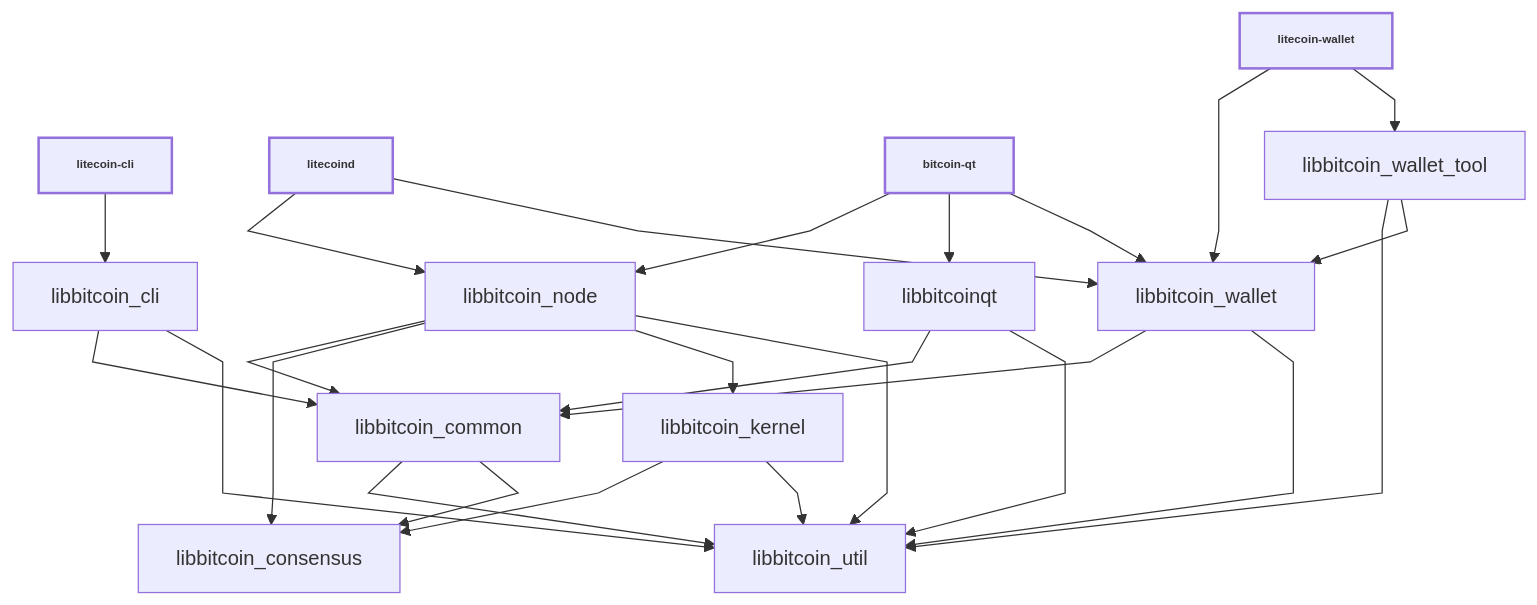
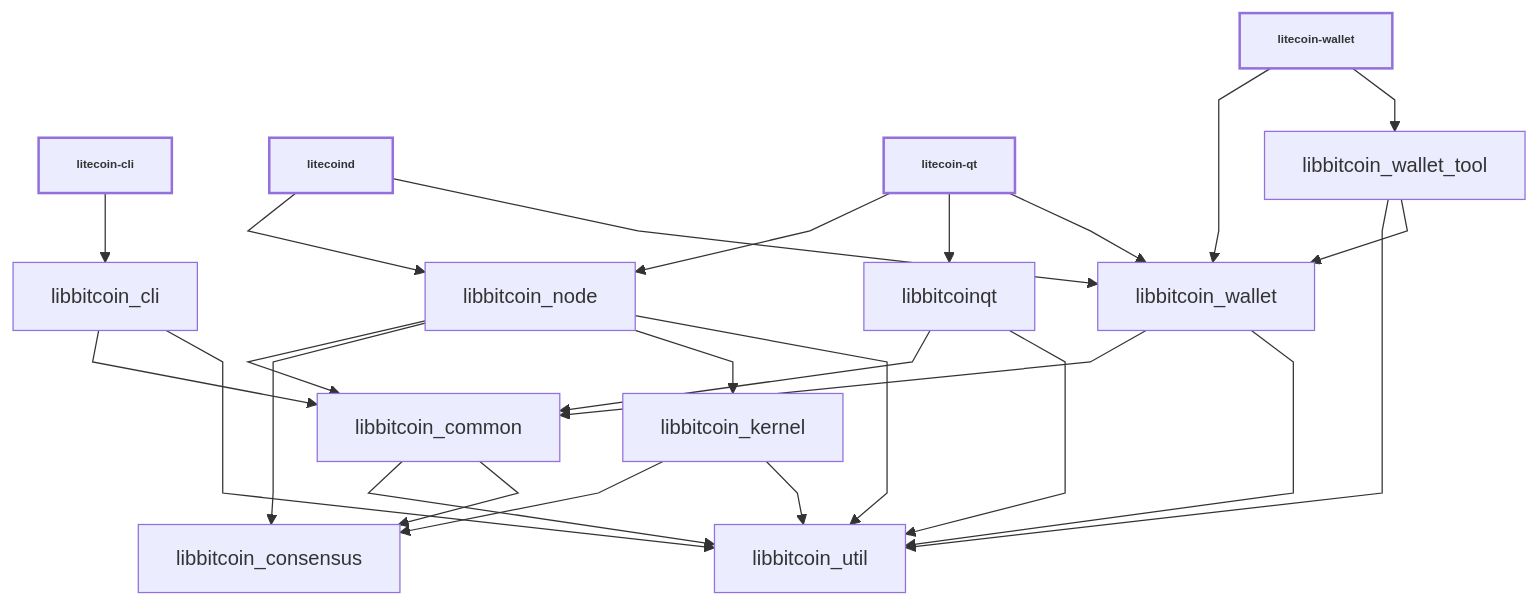
The diagram in doc/design/libraries.md (nkpatro/catcoin), drawn with Mermaid before and after one commit. The commit also changed other lines of this file and 51 other files, not shown here.

````diff
--- a/doc/design/libraries.md
+++ b/doc/design/libraries.md
@@ -36,44 +36,44 @@
 ```mermaid
 
 %%{ init : { "flowchart" : { "curve" : "linear" }}}%%
 
 graph TD;
 
 litecoin-cli[litecoin-cli]-->libbitcoin_cli;
 
 litecoind[litecoind]-->libbitcoin_node;
 litecoind[litecoind]-->libbitcoin_wallet;
 
-bitcoin-qt[bitcoin-qt]-->libbitcoin_node;
-bitcoin-qt[bitcoin-qt]-->libbitcoinqt;
-bitcoin-qt[bitcoin-qt]-->libbitcoin_wallet;
+litecoin-qt[litecoin-qt]-->libbitcoin_node;
+litecoin-qt[litecoin-qt]-->libbitcoinqt;
+litecoin-qt[litecoin-qt]-->libbitcoin_wallet;
 
 litecoin-wallet[litecoin-wallet]-->libbitcoin_wallet;
 litecoin-wallet[litecoin-wallet]-->libbitcoin_wallet_tool;
 
 libbitcoin_cli-->libbitcoin_common;
 libbitcoin_cli-->libbitcoin_util;
 
 libbitcoin_common-->libbitcoin_util;
 libbitcoin_common-->libbitcoin_consensus;
 
 libbitcoin_kernel-->libbitcoin_consensus;
 libbitcoin_kernel-->libbitcoin_util;
 
 libbitcoin_node-->libbitcoin_common;
 libbitcoin_node-->libbitcoin_consensus;
 libbitcoin_node-->libbitcoin_kernel;
 libbitcoin_node-->libbitcoin_util;
 
 libbitcoinqt-->libbitcoin_common;
 libbitcoinqt-->libbitcoin_util;
 
 libbitcoin_wallet-->libbitcoin_common;
 libbitcoin_wallet-->libbitcoin_util;
 
 libbitcoin_wallet_tool-->libbitcoin_util;
 libbitcoin_wallet_tool-->libbitcoin_wallet;
 
 classDef bold stroke-width:2px, font-weight:bold, font-size: smaller;
-class bitcoin-qt,litecoind,litecoin-cli,litecoin-wallet bold
+class litecoin-qt,litecoind,litecoin-cli,litecoin-wallet bold
 ```
````
